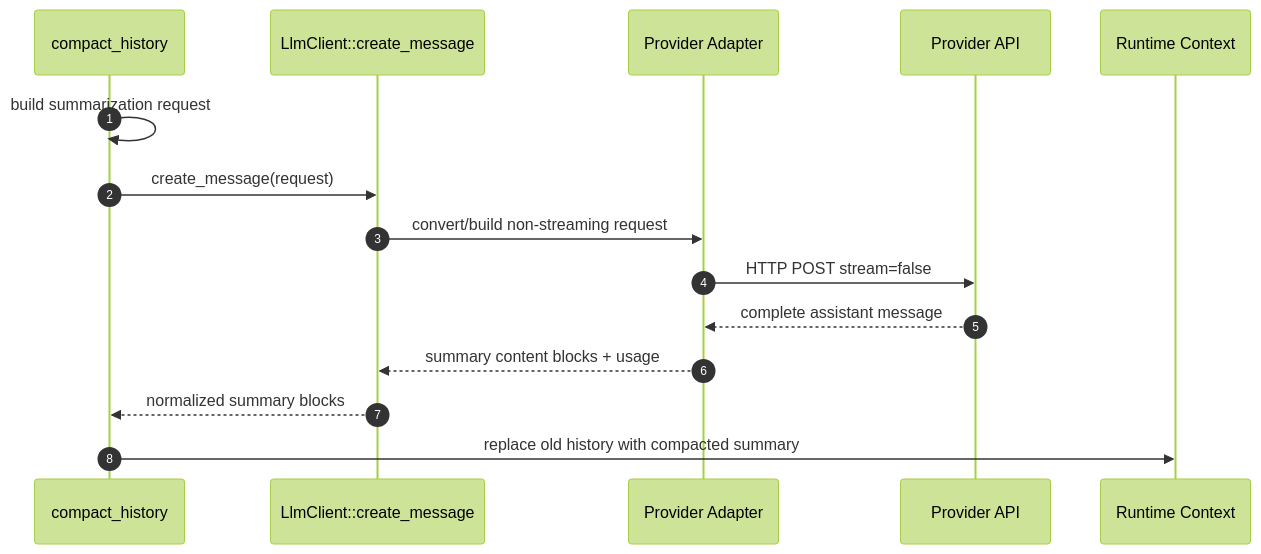
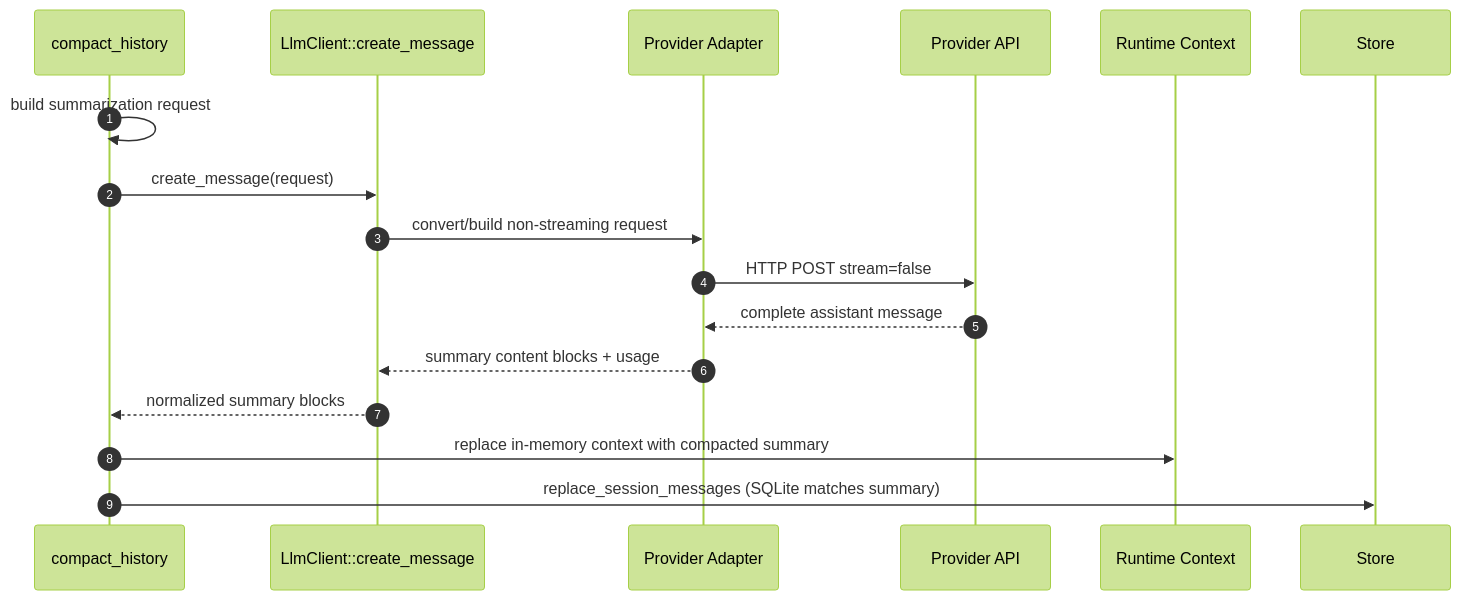
One commit to rust-infra/tact changed the fourth of 5 diagrams in book/22_chapter_llm.md. Above: the diagram before and after it, drawn with Mermaid (forest theme). The commit also changed other lines of this file and 18 other files, not shown here.

````diff
--- a/book/22_chapter_llm.md
+++ b/book/22_chapter_llm.md
@@ -172,18 +172,19 @@
 ```mermaid
 sequenceDiagram
     autonumber
     participant Compact as compact_history
     participant Client as LlmClient::create_message
     participant Adapter as Provider Adapter
     participant API as Provider API
     participant Context as Runtime Context
 
     Compact->>Compact: build summarization request
     Compact->>Client: create_message(request)
     Client->>Adapter: convert/build non-streaming request
     Adapter->>API: HTTP POST stream=false
     API-->>Adapter: complete assistant message
     Adapter-->>Client: summary content blocks + usage
     Client-->>Compact: normalized summary blocks
-    Compact->>Context: replace old history with compacted summary
+    Compact->>Context: replace in-memory context with compacted summary
+    Compact->>Store: replace_session_messages (SQLite matches summary)
 ```
````
